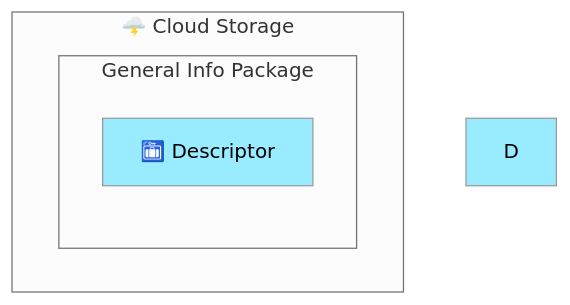
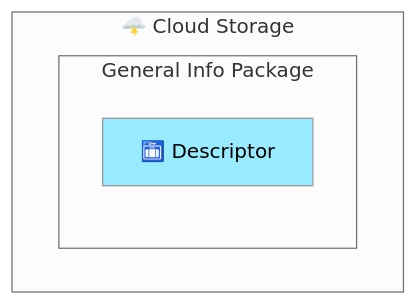
Diagram 38 of 44 in Docs/Scenario-Multisig.md (BlockchainCommons/SmartCustody), drawn with Mermaid (neutral theme) before and after one commit. The commit also changed other lines of this file, not shown here.

````diff
--- a/Docs/Scenario-Multisig.md
+++ b/Docs/Scenario-Multisig.md
@@ -1068,10 +1069,9 @@
 ```mermaid
     graph TD
     subgraph cloud["🌩️ Cloud Storage"]
       subgraph "General Info Package"
       H["🛅 Descriptor"]
       end
     end
-    style D color:#000,fill:#99ebff;
     style H color:#000,fill:#99ebff;
 ```
````
